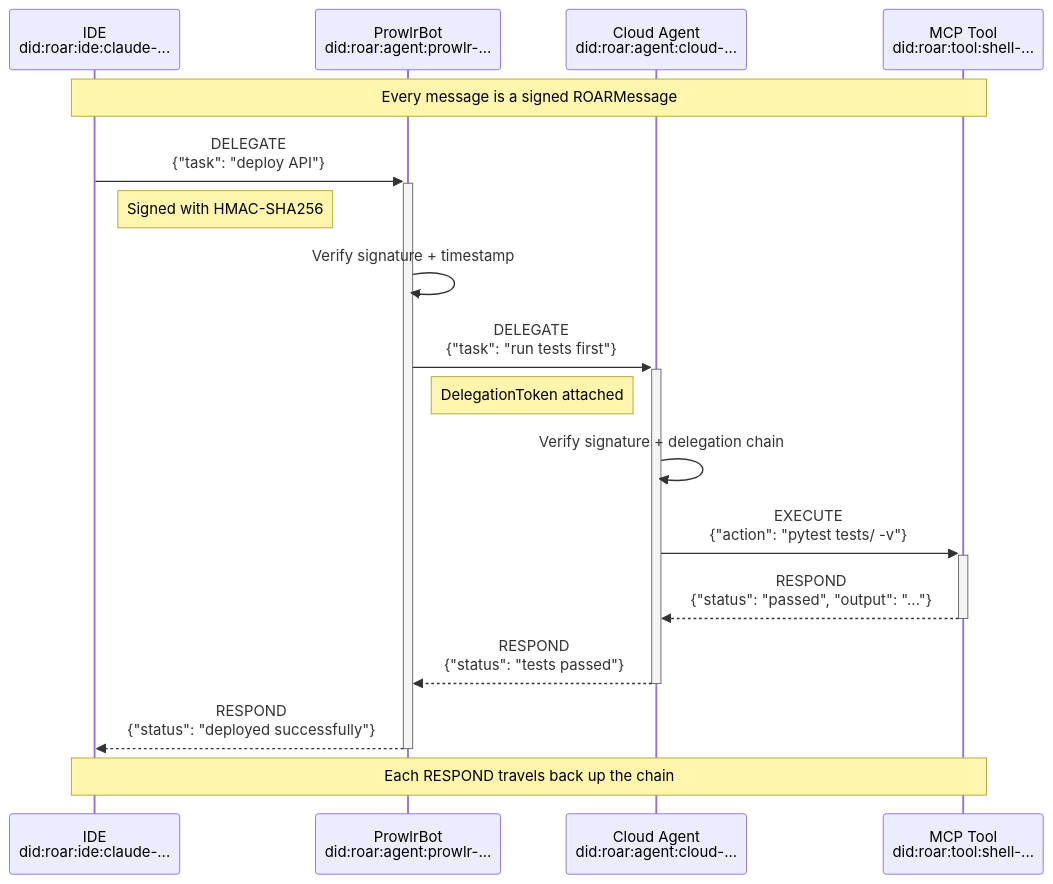
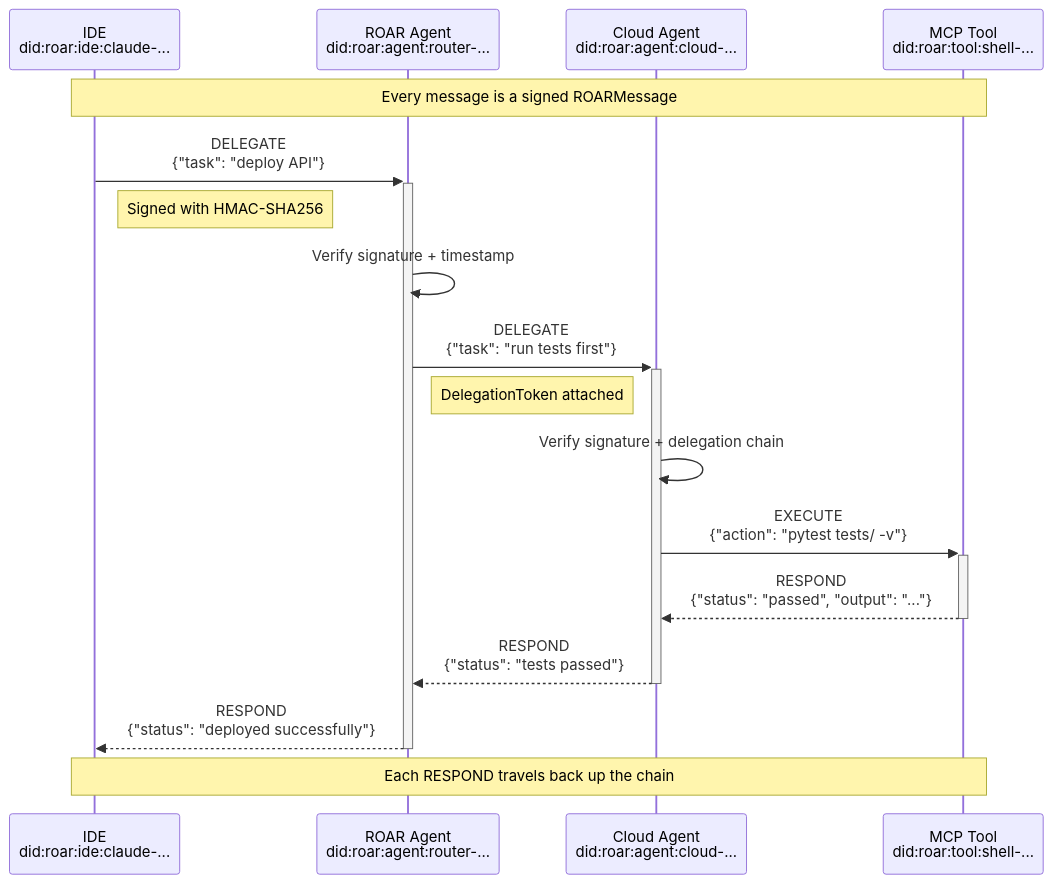
Before and after one commit to ProwlrBot/roar-protocol: the third of 20 diagrams in docs/DIAGRAMS.md, drawn with Mermaid. The commit also changed 49 other files, not shown here.

````diff
--- a/docs/DIAGRAMS.md
+++ b/docs/DIAGRAMS.md
@@ -84,25 +84,25 @@
 ```mermaid
 sequenceDiagram
   participant IDE as IDE<br/>did:roar:ide:claude-...
-  participant PB as ProwlrBot<br/>did:roar:agent:prowlr-...
+  participant PB as ROAR Agent<br/>did:roar:agent:router-...
   participant Cloud as Cloud Agent<br/>did:roar:agent:cloud-...
   participant Tool as MCP Tool<br/>did:roar:tool:shell-...
 
   Note over IDE,Tool: Every message is a signed ROARMessage
 
   IDE->>+PB: DELEGATE<br/>{"task": "deploy API"}
   Note right of IDE: Signed with HMAC-SHA256
 
   PB->>PB: Verify signature + timestamp
   PB->>+Cloud: DELEGATE<br/>{"task": "run tests first"}
   Note right of PB: DelegationToken attached
 
   Cloud->>Cloud: Verify signature + delegation chain
   Cloud->>+Tool: EXECUTE<br/>{"action": "pytest tests/ -v"}
 
   Tool-->>-Cloud: RESPOND<br/>{"status": "passed", "output": "..."}
   Cloud-->>-PB: RESPOND<br/>{"status": "tests passed"}
   PB-->>-IDE: RESPOND<br/>{"status": "deployed successfully"}
 
   Note over IDE,Tool: Each RESPOND travels back up the chain
 ```
````
